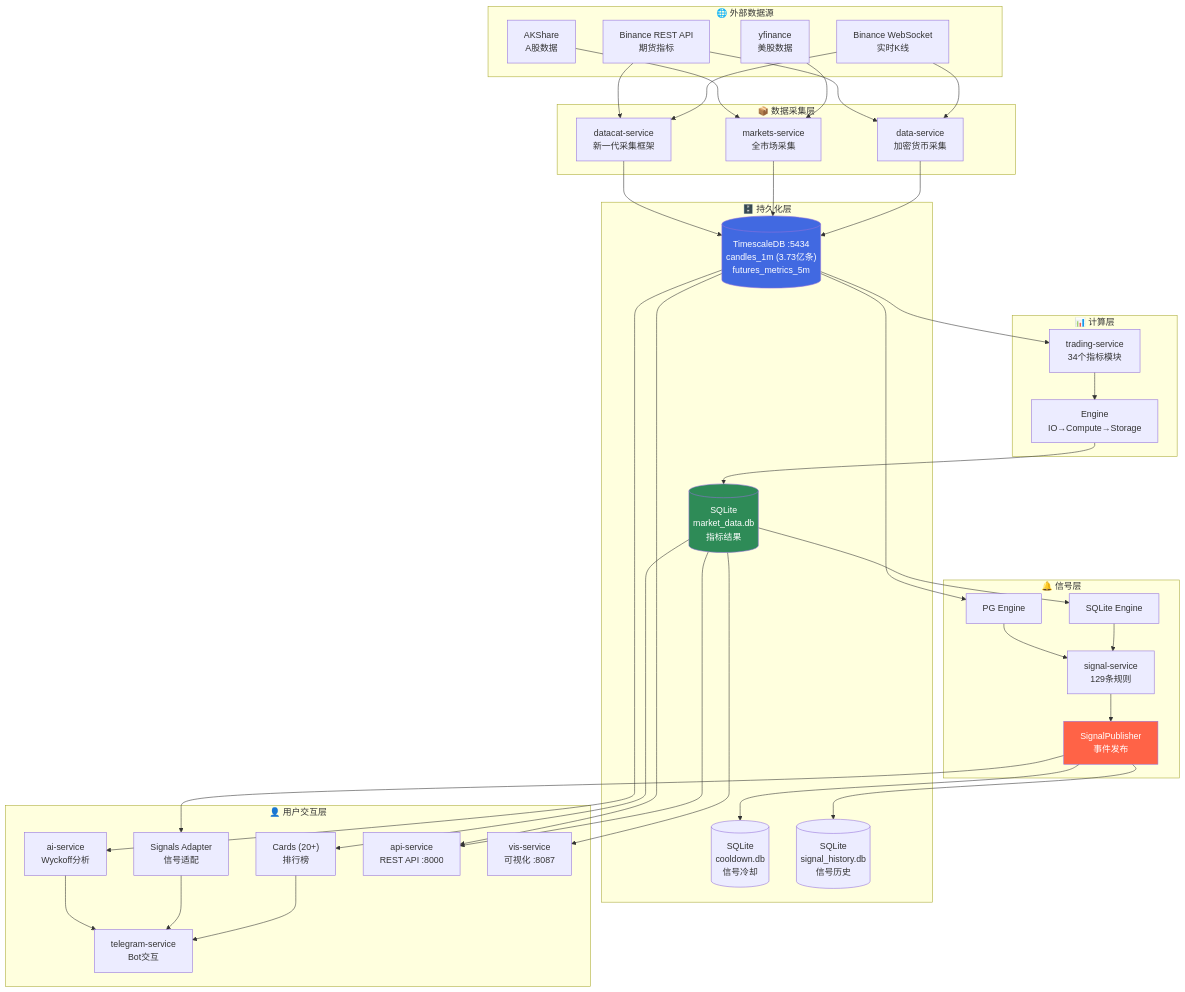
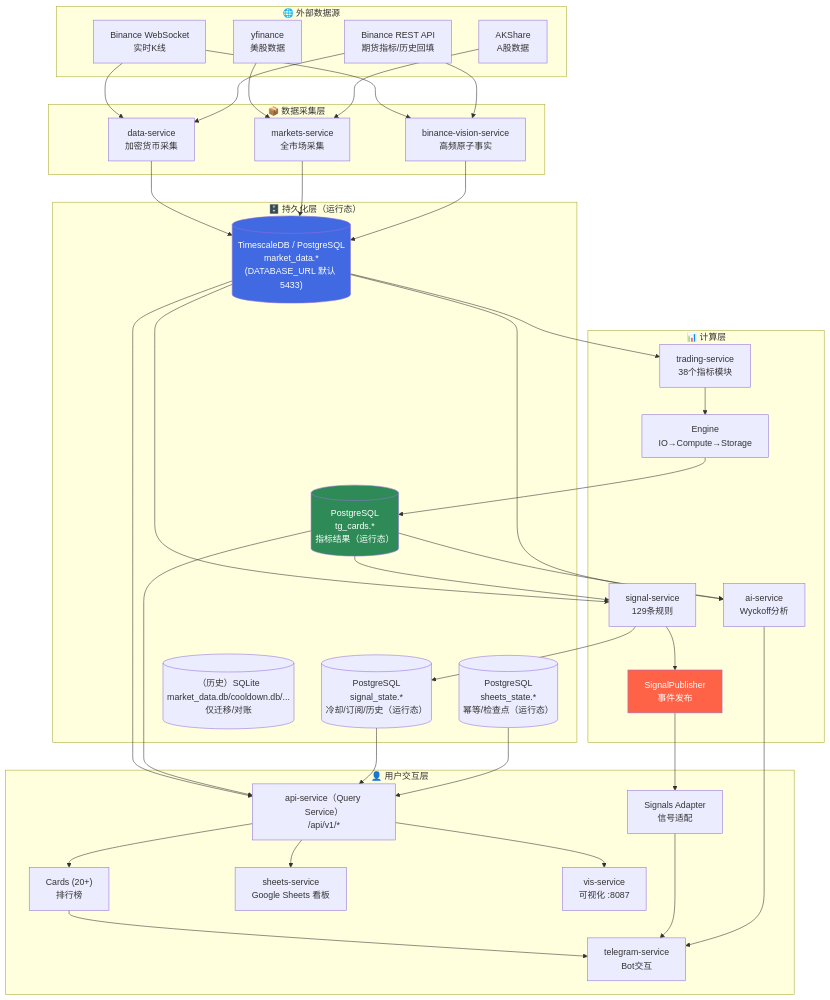
Before and after one commit to RogerYet/tradecat: the first of 3 diagrams in assets/docs/analysis/architecture_analysis_report.md, drawn with Mermaid. The commit also changed other lines of this file and 14 other files, not shown here.

````diff
--- a/assets/docs/analysis/architecture_analysis_report.md
+++ b/assets/docs/analysis/architecture_analysis_report.md
@@ -35,7 +41,7 @@
 graph TD
     subgraph 外部数据源["🌐 外部数据源"]
         BINANCE_WS["Binance WebSocket<br>实时K线"]
-        BINANCE_REST["Binance REST API<br>期货指标"]
+        BINANCE_REST["Binance REST API<br>期货指标/历史回填"]
         YFINANCE["yfinance<br>美股数据"]
         AKSHARE["AKShare<br>A股数据"]
     end
@@ -43,34 +49,31 @@
     subgraph 数据采集层["📦 数据采集层"]
         DS["data-service<br>加密货币采集"]
         MS["markets-service<br>全市场采集"]
-        DC["datacat-service<br>新一代采集框架"]
+        DC["binance-vision-service<br>高频原子事实"]
     end
 
-    subgraph 持久化层["🗄️ 持久化层"]
-        TSDB[("TimescaleDB :5434<br>candles_1m (3.73亿条)<br>futures_metrics_5m")]
-        SQLITE[("SQLite<br>market_data.db<br>指标结果")]
-        COOLDOWN_DB[("SQLite<br>cooldown.db<br>信号冷却")]
-        HISTORY_DB[("SQLite<br>signal_history.db<br>信号历史")]
+    subgraph 持久化层["🗄️ 持久化层（运行态）"]
+        TSDB[("TimescaleDB / PostgreSQL<br>market_data.*<br>(DATABASE_URL 默认 5433)")]
+        PG_TG[("PostgreSQL<br>tg_cards.*<br>指标结果（运行态）")]
+        PG_SIGNAL[("PostgreSQL<br>signal_state.*<br>冷却/订阅/历史（运行态）")]
+        PG_SHEETS[("PostgreSQL<br>sheets_state.*<br>幂等/检查点（运行态）")]
+        SQLITE_LEGACY[("（历史）SQLite<br>market_data.db/cooldown.db/...<br>仅迁移/对账")]
     end
 
     subgraph 计算层["📊 计算层"]
-        TS["trading-service<br>34个指标模块"]
+        TS["trading-service<br>38个指标模块"]
         TS_ENGINE["Engine<br>IO→Compute→Storage"]
-    end
-
-    subgraph 信号层["🔔 信号层"]
         SIG["signal-service<br>129条规则"]
-        SIG_SQLITE["SQLite Engine"]
-        SIG_PG["PG Engine"]
         SIG_PUB["SignalPublisher<br>事件发布"]
+        AI["ai-service<br>Wyckoff分析"]
     end
 
     subgraph 用户交互层["👤 用户交互层"]
         TG["telegram-service<br>Bot交互"]
         TG_CARDS["Cards (20+)<br>排行榜"]
         TG_ADAPTER["Signals Adapter<br>信号适配"]
-        AI["ai-service<br>Wyckoff分析"]
-        API["api-service<br>REST API :8000"]
+        API["api-service（Query Service）<br>/api/v1/*"]
+        SHEETS["sheets-service<br>Google Sheets 看板"]
         VIS["vis-service<br>可视化 :8087"]
     end
 
@@ -90,29 +93,33 @@
     %% 指标计算流
     TSDB --> TS
     TS --> TS_ENGINE
-    TS_ENGINE --> SQLITE
+    TS_ENGINE --> PG_TG
 
     %% 信号检测流
-    SQLITE --> SIG_SQLITE
-    TSDB --> SIG_PG
-    SIG_SQLITE --> SIG
-    SIG_PG --> SIG
+    TSDB --> SIG
+    PG_TG --> SIG
+    SIG --> PG_SIGNAL
     SIG --> SIG_PUB
-    SIG_PUB --> COOLDOWN_DB
-    SIG_PUB --> HISTORY_DB
 
     %% 用户服务
-    SQLITE --> TG_CARDS
+    TSDB --> API
+    PG_TG --> API
+    PG_SIGNAL --> API
+    PG_SHEETS --> API
+
+    API --> TG_CARDS
     TG_CARDS --> TG
     SIG_PUB --> TG_ADAPTER
     TG_ADAPTER --> TG
+
     TSDB --> AI
+    PG_TG --> AI
     AI --> TG
-    SQLITE --> API
-    TSDB --> API
-    SQLITE --> VIS
+
+    API --> SHEETS
+    API --> VIS
 
     style TSDB fill:#4169E1,color:#fff
-    style SQLITE fill:#2E8B57,color:#fff
+    style PG_TG fill:#2E8B57,color:#fff
     style SIG_PUB fill:#FF6347,color:#fff
 ```
````
